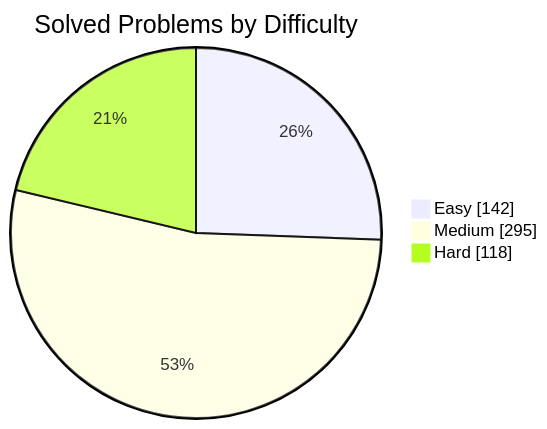
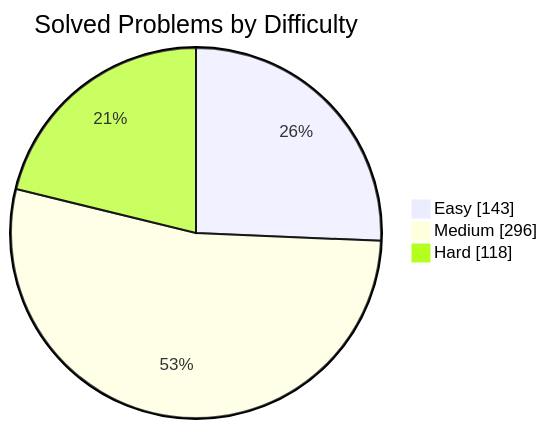
Before and after one commit to manikantbindass/DSA-Preparation-FAANG: the first of 2 diagrams in README.md, drawn with Mermaid. The commit also changed other lines of this file and 1 other file, not shown here.

````diff
--- a/README.md
+++ b/README.md
@@ -79,7 +79,7 @@
 ```mermaid
 pie showData
     title Solved Problems by Difficulty
-    "Easy" : 142
-    "Medium" : 295
+    "Easy" : 143
+    "Medium" : 296
     "Hard" : 118
 ```
````
